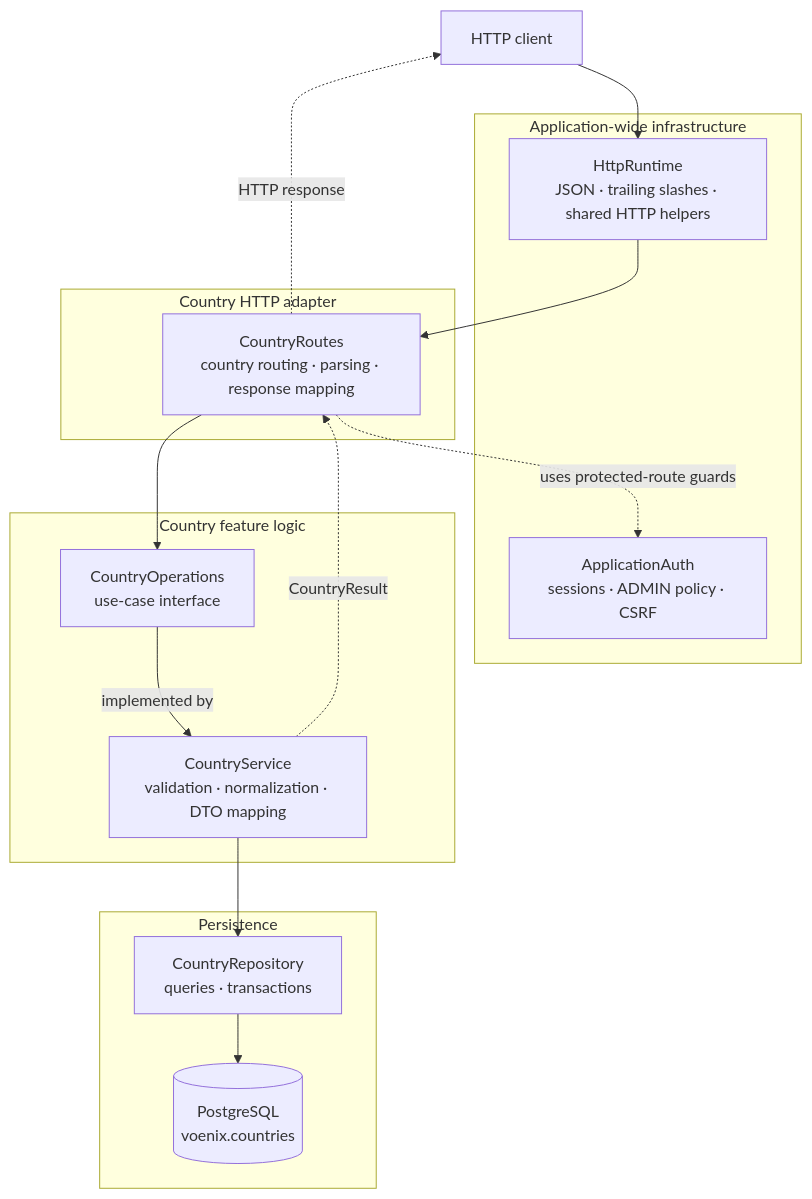
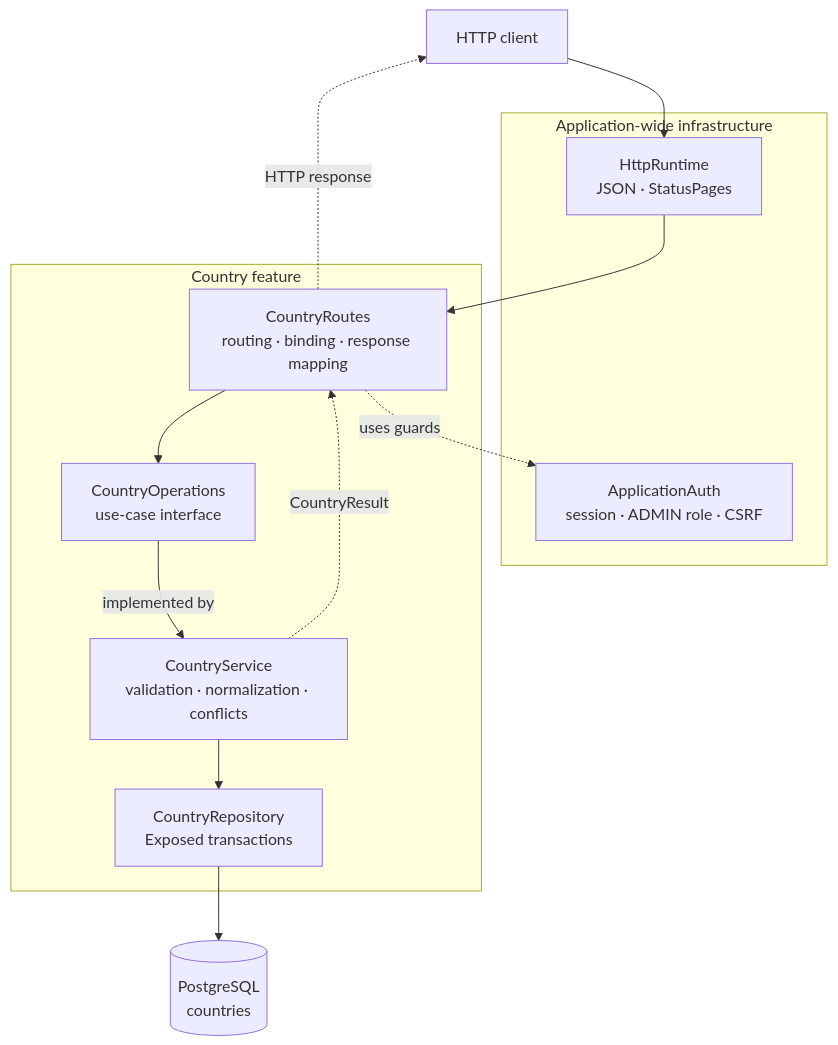
Before and after one commit to bitstorm-tech/voenix-shop-kotlin: the diagram in docs/dev/backend/country-package.md, drawn with Mermaid. The commit also changed other lines of this file and 43 other files, not shown here.

Commit message:
Refactor shop flows and refresh developer documentation

````diff
--- a/docs/dev/backend/country-package.md
+++ b/docs/dev/backend/country-package.md
@@ -34,34 +30,28 @@
 ```mermaid
 flowchart TB
     Client["HTTP client"]
 
     subgraph Shared["Application-wide infrastructure"]
-        Http["HttpRuntime<br/>JSON · trailing slashes · shared HTTP helpers"]
-        Auth["ApplicationAuth<br/>sessions · ADMIN policy · CSRF"]
+        Http["HttpRuntime<br/>JSON · StatusPages"]
+        Auth["ApplicationAuth<br/>session · ADMIN role · CSRF"]
     end
 
-    subgraph CountryHttp["Country HTTP adapter"]
-        Routes["CountryRoutes<br/>country routing · parsing · response mapping"]
+    subgraph Country["Country feature"]
+        Routes["CountryRoutes<br/>routing · binding · response mapping"]
+        Operations["CountryOperations<br/>use-case interface"]
+        Service["CountryService<br/>validation · normalization · conflicts"]
+        Repository["CountryRepository<br/>Exposed transactions"]
     end
 
-    subgraph Feature["Country feature logic"]
-        Operations["CountryOperations<br/>use-case interface"]
-        Service["CountryService<br/>validation · normalization · DTO mapping"]
-    end
-
-    subgraph Persistence["Persistence"]
-        Repository["CountryRepository<br/>queries · transactions"]
-        Database[("PostgreSQL<br/>voenix.countries")]
-    end
+    Database[("PostgreSQL<br/>countries")]
 
     Client --> Http
     Http --> Routes
-    Routes -.->|"uses protected-route guards"| Auth
+    Routes -.->|"uses guards"| Auth
     Routes --> Operations
     Operations -->|"implemented by"| Service
     Service --> Repository
     Repository --> Database
-
     Service -.->|"CountryResult"| Routes
     Routes -.->|"HTTP response"| Client
 ```
````
